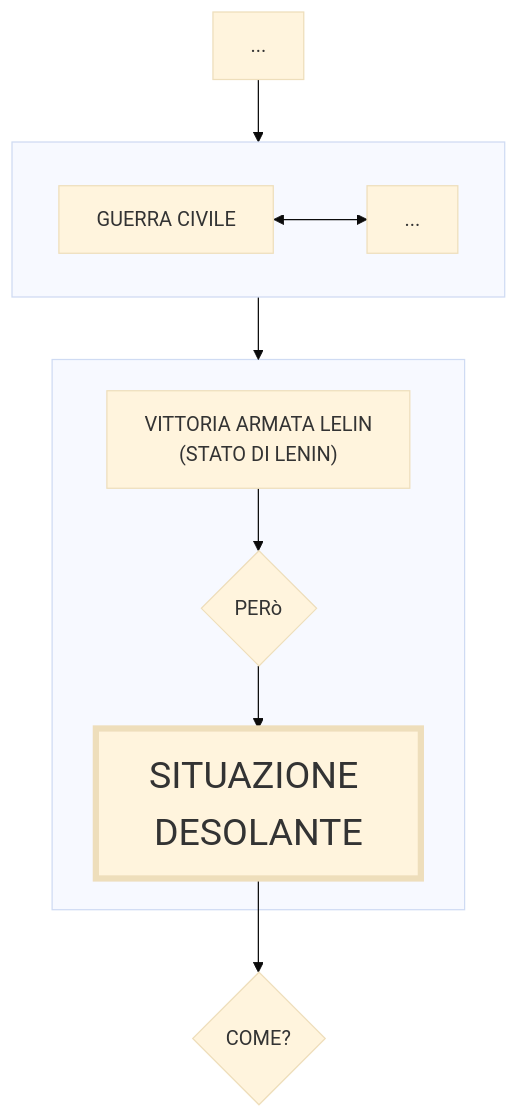
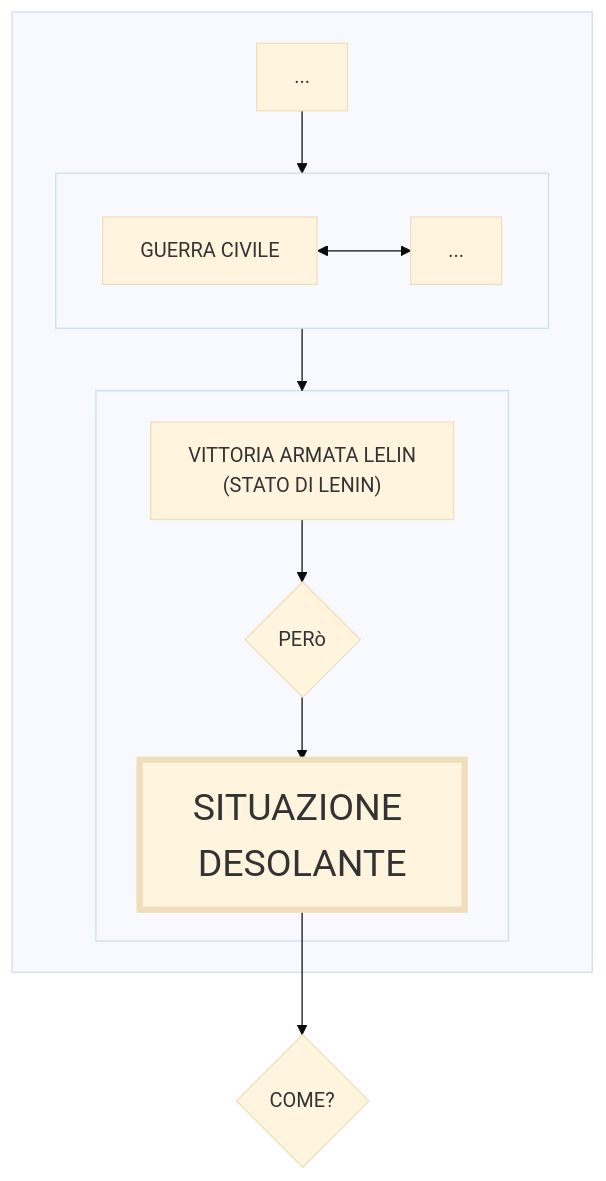
One commit to Laaouatni/ricerca-storia-MermaidJS changed the diagram in prova.md. Above: the diagram before and after it, drawn with Mermaid (base theme).

````diff
--- a/prova.md
+++ b/prova.md
@@ -1,18 +1,22 @@
 ```mermaid
 flowchart TB
     classDef classGrande font-size: 30px, stroke-width: 5px;
-    0[...]
-    subgraph 01[" "]
-      010[GUERRA CIVILE]
-      0100[...]
-      010 <--> 0100
+
+    subgraph 016[" "]
+      0[...]
+      subgraph 01[" "]
+        010[GUERRA CIVILE]
+        0100[...]
+        010 <--> 0100
+      end
+      subgraph 015[" "]
+        011["VITTORIA ARMATA LELIN <br> (STATO DI LENIN)"]
+        012{PERò}
+        013[SITUAZIONE DESOLANTE]:::classGrande
+      end
+      0 --> 01 --> 015 
+      011 --> 012 --> 013
     end
-    subgraph 015[" "]
-      011["VITTORIA ARMATA LELIN <br> (STATO DI LENIN)"]
-      012{PERò}
-      013[SITUAZIONE DESOLANTE]:::classGrande
-    end
-    014{COME?}
-    0 --> 01 --> 015 
-    011 --> 012 --> 013 --> 014
+      014{COME?}
+    013 --> 014
 ```
````
